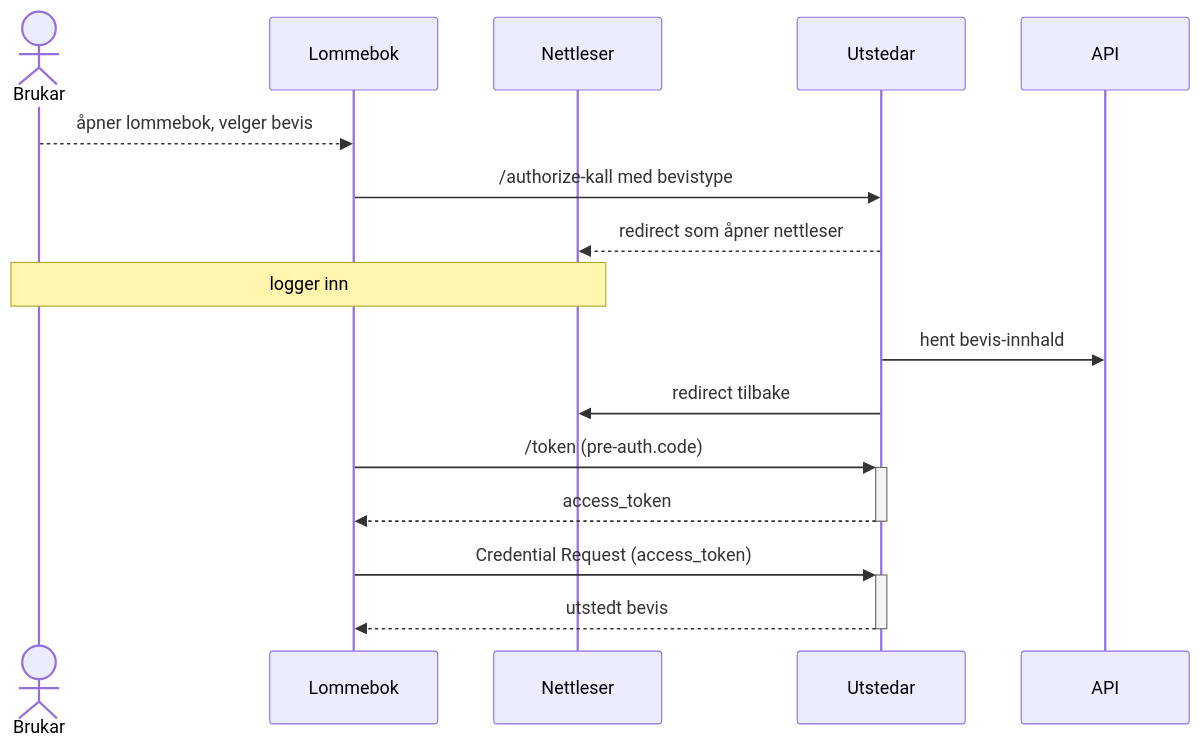
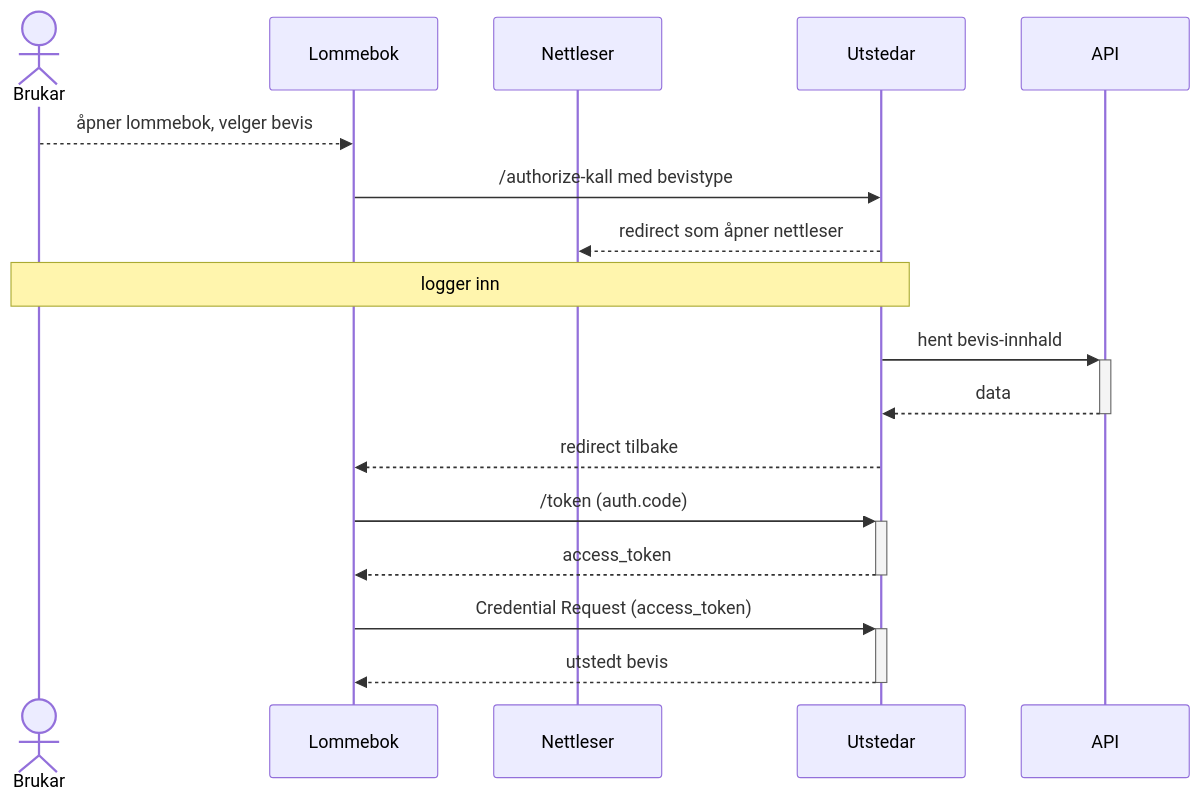
One commit to felleslosninger/docs changed the fourth of 4 diagrams in _docs/lommebok/lommebok_digdir_utsteder.md. Above: the diagram before and after it, drawn with Mermaid. The commit also changed other lines of this file, not shown here.

```diff
--- a/_docs/lommebok/lommebok_digdir_utsteder.md
+++ b/_docs/lommebok/lommebok_digdir_utsteder.md
@@ -186,25 +194,26 @@
 <div class="mermaid">
 sequenceDiagram
 
   actor b as Brukar
   participant l as Lommebok
   participant n as Nettleser
   participant u as Utstedar
   participant a as API
 
   b-->>l: åpner lommebok, velger bevis
   l->>u: /authorize-kall med bevistype
   u-->>n: redirect som åpner nettleser
-  note over b,n: logger inn
+  note over b,u: logger inn
 
-  u->>a: hent bevis-innhald
+  u->>+a: hent bevis-innhald
+  a-->>-u: data
 
-  u->>n: redirect tilbake
+  u-->>l: redirect tilbake
 
-  l->>+u: /token (pre-auth.code)
+  l->>+u: /token (auth.code)
   u-->>-l: access_token
 
   l->>+u: Credential Request (access_token)
   u-->>-l: utstedt bevis
 
 </div>
```
